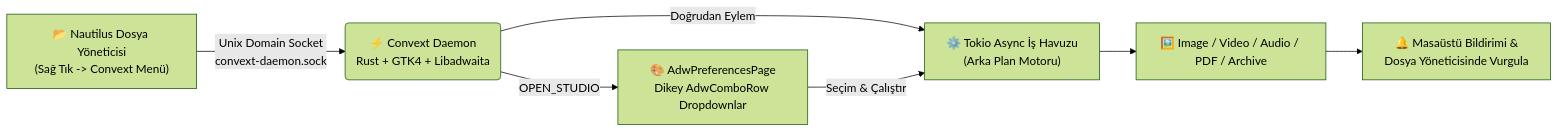
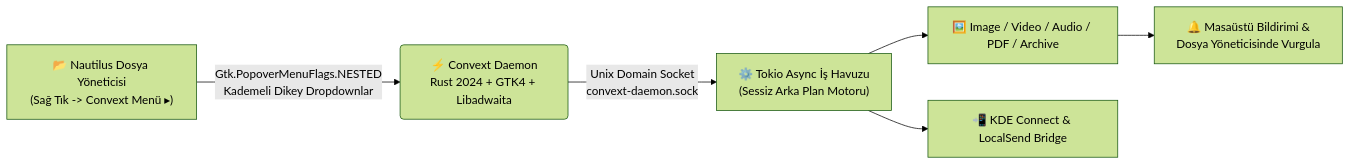
The diagram in README.md (ensignalp/convext), drawn with Mermaid (forest theme) before and after one commit. The commit also changed other lines of this file and 4 other files, not shown here.

````diff
--- a/README.md
+++ b/README.md
@@ -106,9 +114,8 @@
 ```mermaid
 flowchart LR
-    A["📂 Nautilus Dosya Yöneticisi<br/>(Sağ Tık -> Convext Menü)"] -->|Unix Domain Socket<br/>convext-daemon.sock| B("⚡ Convext Daemon<br/>Rust + GTK4 + Libadwaita")
-    B -->|OPEN_STUDIO| C["🎨 AdwPreferencesPage<br/>Dikey AdwComboRow Dropdownlar"]
-    B -->|Doğrudan Eylem| D["⚙️ Tokio Async İş Havuzu<br/>(Arka Plan Motoru)"]
-    C -->|Seçim & Çalıştır| D
-    D --> E["🖼️ Image / Video / Audio / PDF / Archive"]
-    E --> F["🔔 Masaüstü Bildirimi &<br/>Dosya Yöneticisinde Vurgula"]
+    A["📂 Nautilus Dosya Yöneticisi<br/>(Sağ Tık -> Convext Menü ▸)"] -->|Gtk.PopoverMenuFlags.NESTED<br/>Kademeli Dikey Dropdownlar| B("⚡ Convext Daemon<br/>Rust 2024 + GTK4 + Libadwaita")
+    B -->|Unix Domain Socket<br/>convext-daemon.sock| C["⚙️ Tokio Async İş Havuzu<br/>(Sessiz Arka Plan Motoru)"]
+    C --> D["🖼️ Image / Video / Audio / PDF / Archive"]
+    C --> E["📲 KDE Connect & LocalSend Bridge"]
+    D --> F["🔔 Masaüstü Bildirimi &<br/>Dosya Yöneticisinde Vurgula"]
 ```
````
